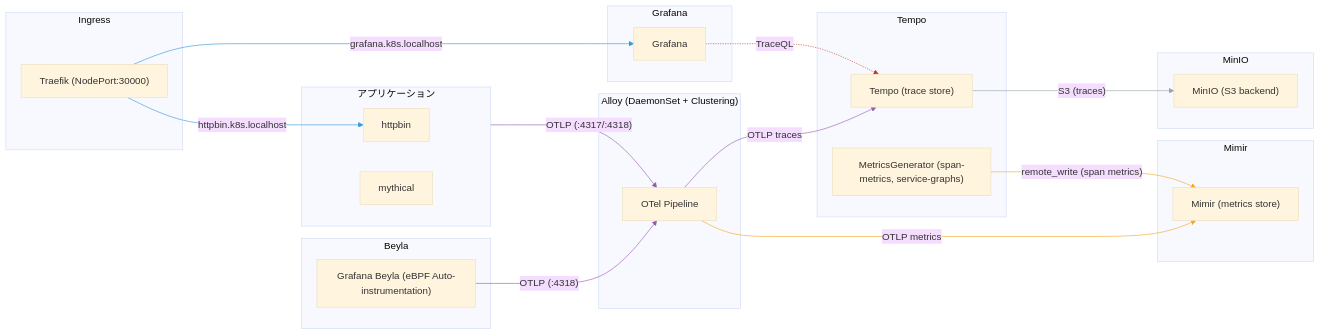
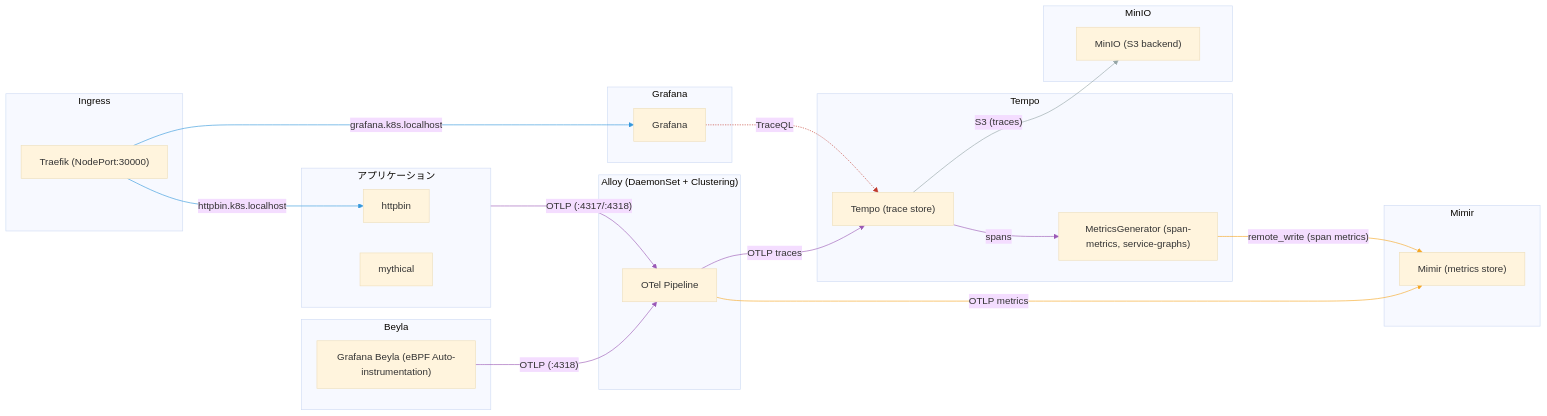
One commit to buzztaiki/sandbox changed the third of 3 diagrams in k8s/alloy-kube-prom-stack/README.md. Above: the diagram before and after it, drawn with Mermaid (base theme).

Commit message:
add tempo -> metrics generator edge in traces diagram

````diff
--- a/k8s/alloy-kube-prom-stack/README.md
+++ b/k8s/alloy-kube-prom-stack/README.md
@@ -147,58 +147,59 @@
 ```mermaid
 graph LR
     subgraph apps["アプリケーション"]
         httpbin["httpbin"]
         mythical["mythical"]
     end
 
     subgraph beyla_ns["Beyla"]
         beyla["Grafana Beyla (eBPF Auto-instrumentation)"]
     end
 
     subgraph alloy_ns["Alloy (DaemonSet + Clustering)"]
         alloy_otel["OTel Pipeline"]
     end
 
     subgraph tempo_ns["Tempo"]
         tempo["Tempo (trace store)"]
         tempo_mg["MetricsGenerator (span-metrics, service-graphs)"]
     end
 
     subgraph mimir_ns["Mimir"]
         mimir["Mimir (metrics store)"]
     end
 
     subgraph minio_ns["MinIO"]
         minio["MinIO (S3 backend)"]
     end
 
     subgraph grafana_ns["Grafana"]
         grafana["Grafana"]
     end
 
     subgraph ingress["Ingress"]
         traefik["Traefik (NodePort:30000)"]
     end
 
     beyla t1@-->|"OTLP (:4318)"| alloy_otel
     apps t2@-->|"OTLP (:4317/:4318)"| alloy_otel
     alloy_otel t3@-->|"OTLP traces"| tempo
+    tempo t4@-->|"spans"| tempo_mg
     alloy_otel m2@-->|"OTLP metrics"| mimir
     tempo_mg m1@-->|"remote_write (span metrics)"| mimir
     tempo s1@-->|"S3 (traces)"| minio
     grafana r1@-.->|"TraceQL"| tempo
     traefik i1@-->|"grafana.k8s.localhost"| grafana
     traefik i2@-->|"httpbin.k8s.localhost"| httpbin
 
     classDef traces stroke:#9b59b6
     classDef metrics stroke:#f5a623
     classDef storage stroke:#95a5a6
     classDef read stroke:#c0392b
     classDef ingress stroke:#3498db
 
-    class t1,t2,t3 traces
+    class t1,t2,t3,t4 traces
     class m1,m2 metrics
     class s1 storage
     class r1 read
     class i1,i2 ingress
 ```
````
